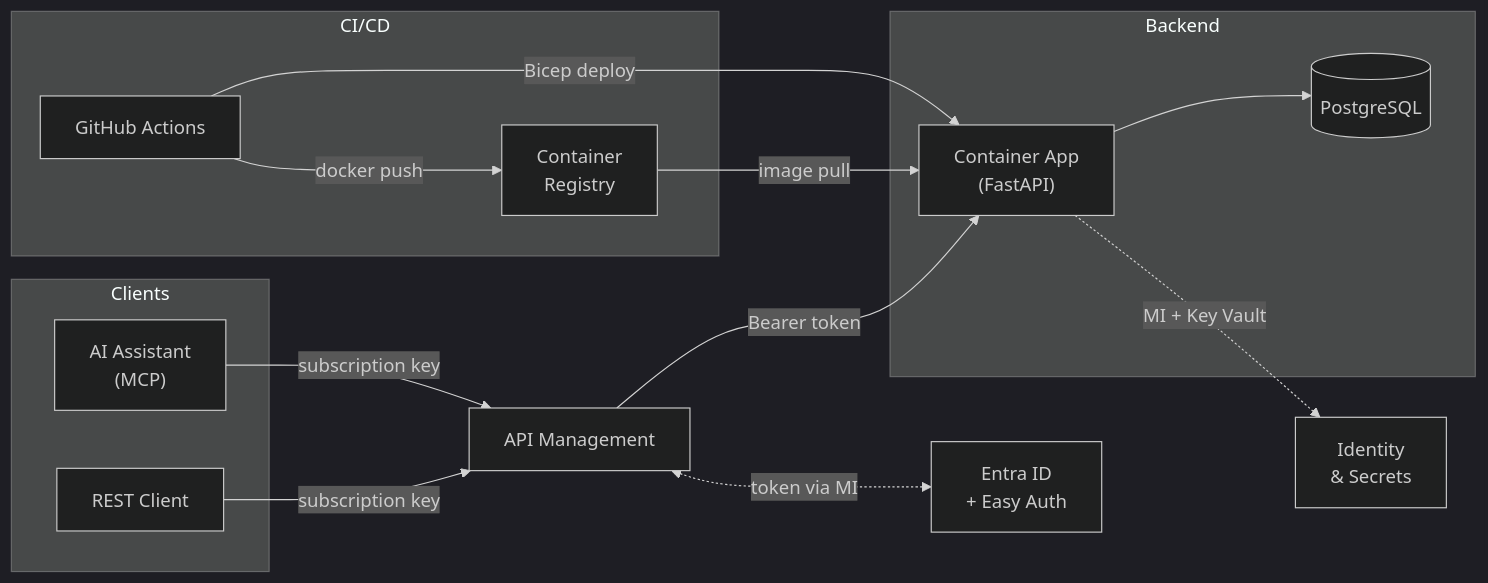
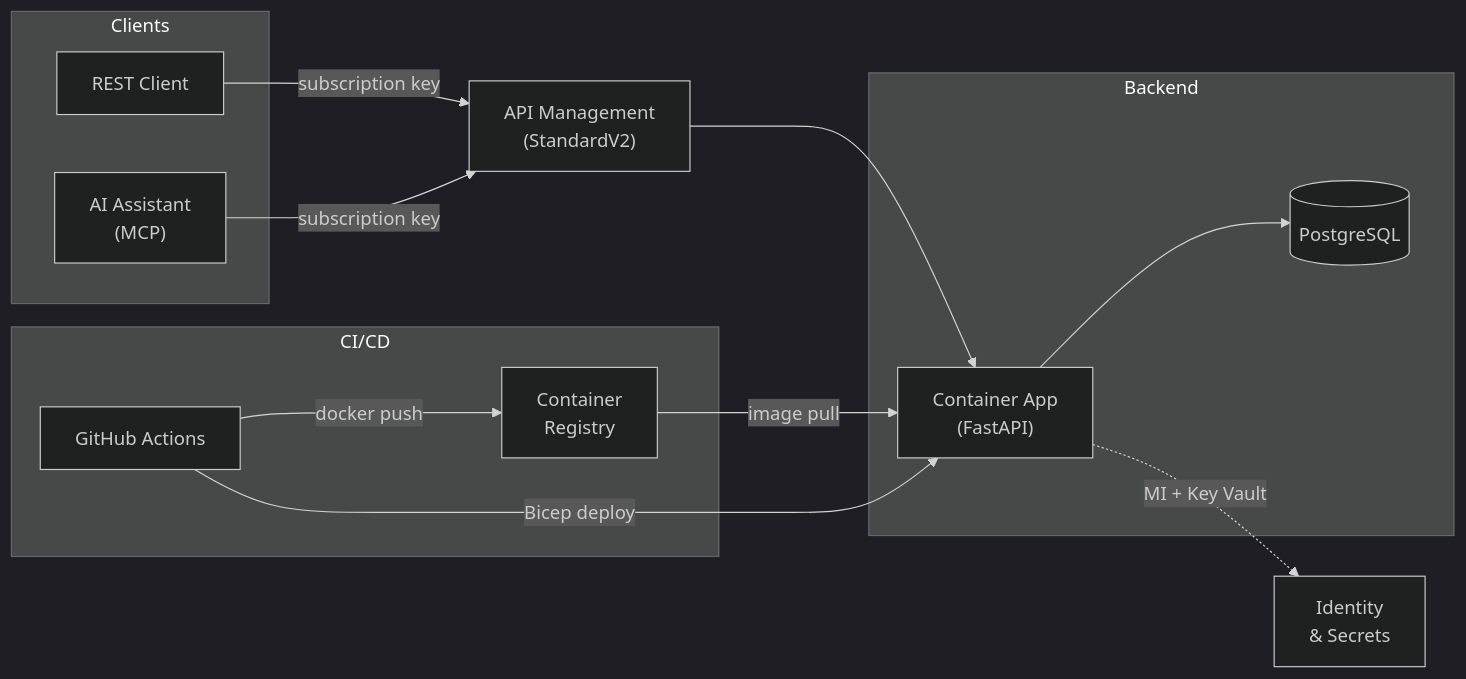
The first of 6 diagrams in docs/architecture.md (ozgurkarahan/azure-apim-mcp-server), drawn with Mermaid (dark theme) before and after one commit. The commit also changed other lines of this file and 12 other files, not shown here.

````diff
--- a/docs/architecture.md
+++ b/docs/architecture.md
@@ -33,32 +32,30 @@
 ```mermaid
 graph LR
     subgraph "Clients"
         REST_CLIENT["REST Client"]
         MCP_CLIENT["AI Assistant<br/>(MCP)"]
     end
 
-    APIM["API Management"]
+    APIM["API Management<br/>(StandardV2)"]
 
     subgraph "Backend"
         APP["Container App<br/>(FastAPI)"]
         PG[("PostgreSQL")]
     end
 
-    AUTH["Entra ID<br/>+ Easy Auth"]
     SECRETS["Identity<br/>& Secrets"]
 
     subgraph "CI/CD"
         GH["GitHub Actions"]
         ACR["Container<br/>Registry"]
     end
 
     REST_CLIENT -->|"subscription key"| APIM
     MCP_CLIENT -->|"subscription key"| APIM
-    APIM -->|"Bearer token"| APP
+    APIM --> APP
     APP --> PG
-    APIM <-.->|"token via MI"| AUTH
     APP -.->|"MI + Key Vault"| SECRETS
     GH -->|"docker push"| ACR
     ACR -->|"image pull"| APP
     GH -->|"Bicep deploy"| APP
 ```
````
